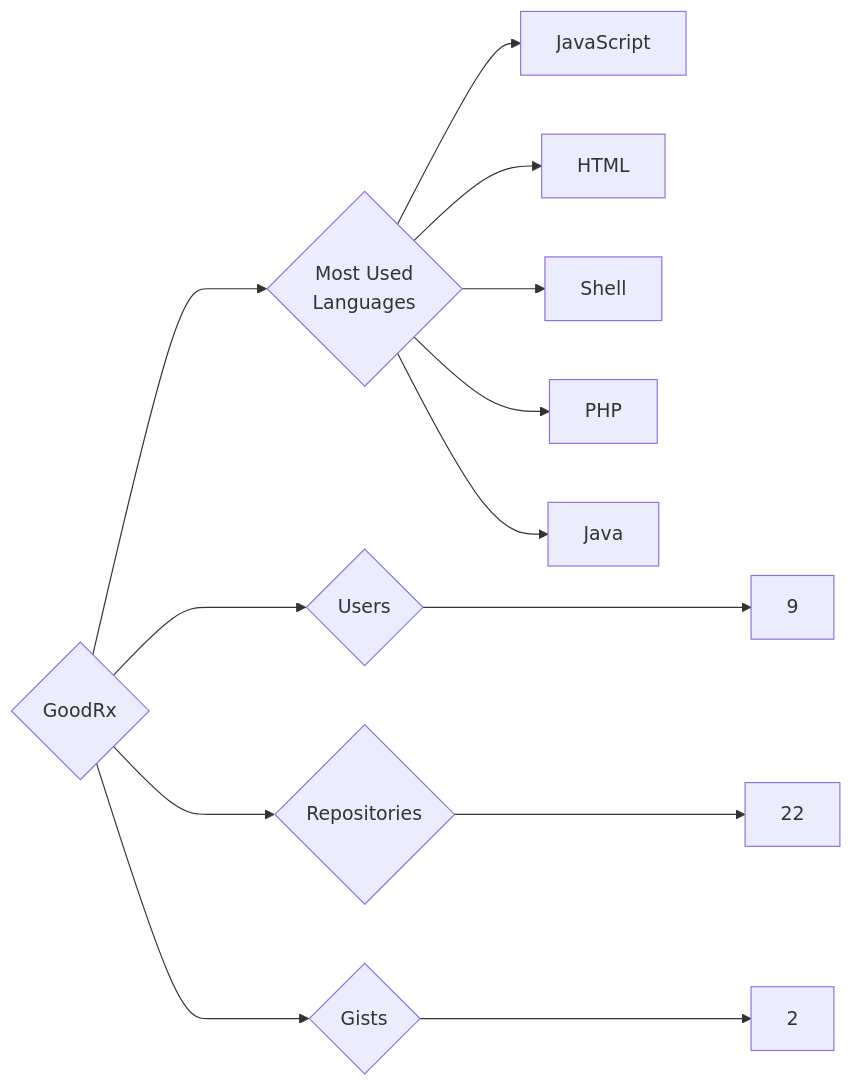
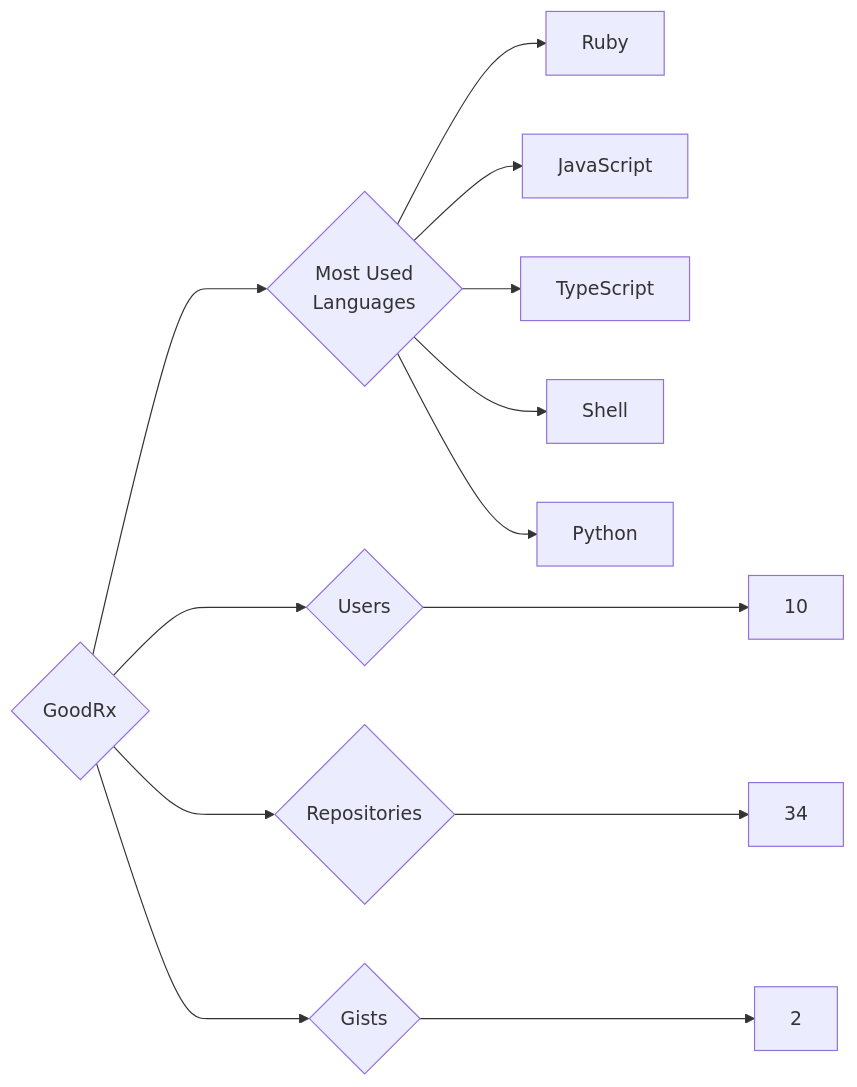
One commit to trickest/insiders changed the diagram in targets/GoodRx/README.md. Above: the diagram before and after it, drawn with Mermaid. The commit also changed 1055 other files, not shown here.

````diff
--- a/targets/GoodRx/README.md
+++ b/targets/GoodRx/README.md
@@ -3,13 +3,13 @@
 ```mermaid
 graph LR
 COMPANY_NAME{GoodRx}
-COMPANY_NAME ---> U{Users} ---> UN[9]
-COMPANY_NAME ---> R{Repositories} ---> RN[22]
+COMPANY_NAME ---> U{Users} ---> UN[10]
+COMPANY_NAME ---> R{Repositories} ---> RN[34]
 COMPANY_NAME ---> G{Gists} ---> GN[2]
 COMPANY_NAME ---> ML{Most Used<br>Languages}
+ML --> Ruby[Ruby]
 ML --> JavaScript[JavaScript]
-ML --> HTML[HTML]
+ML --> TypeScript[TypeScript]
 ML --> Shell[Shell]
-ML --> PHP[PHP]
-ML --> Java[Java]
+ML --> Python[Python]
 ```
````
